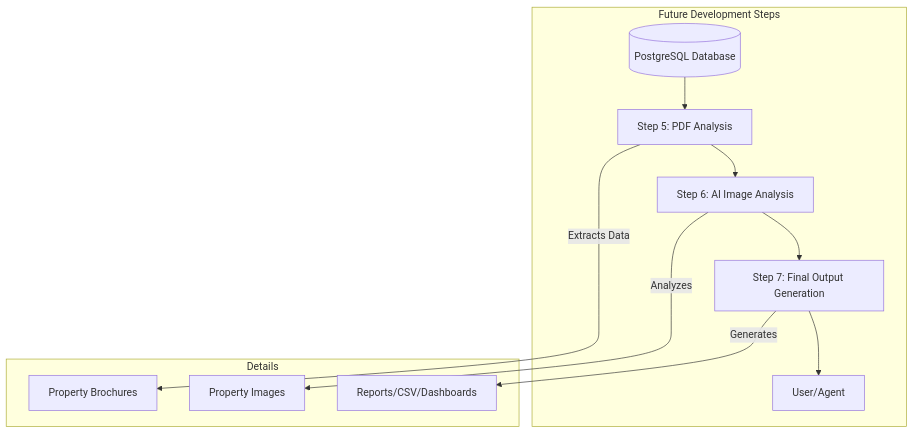
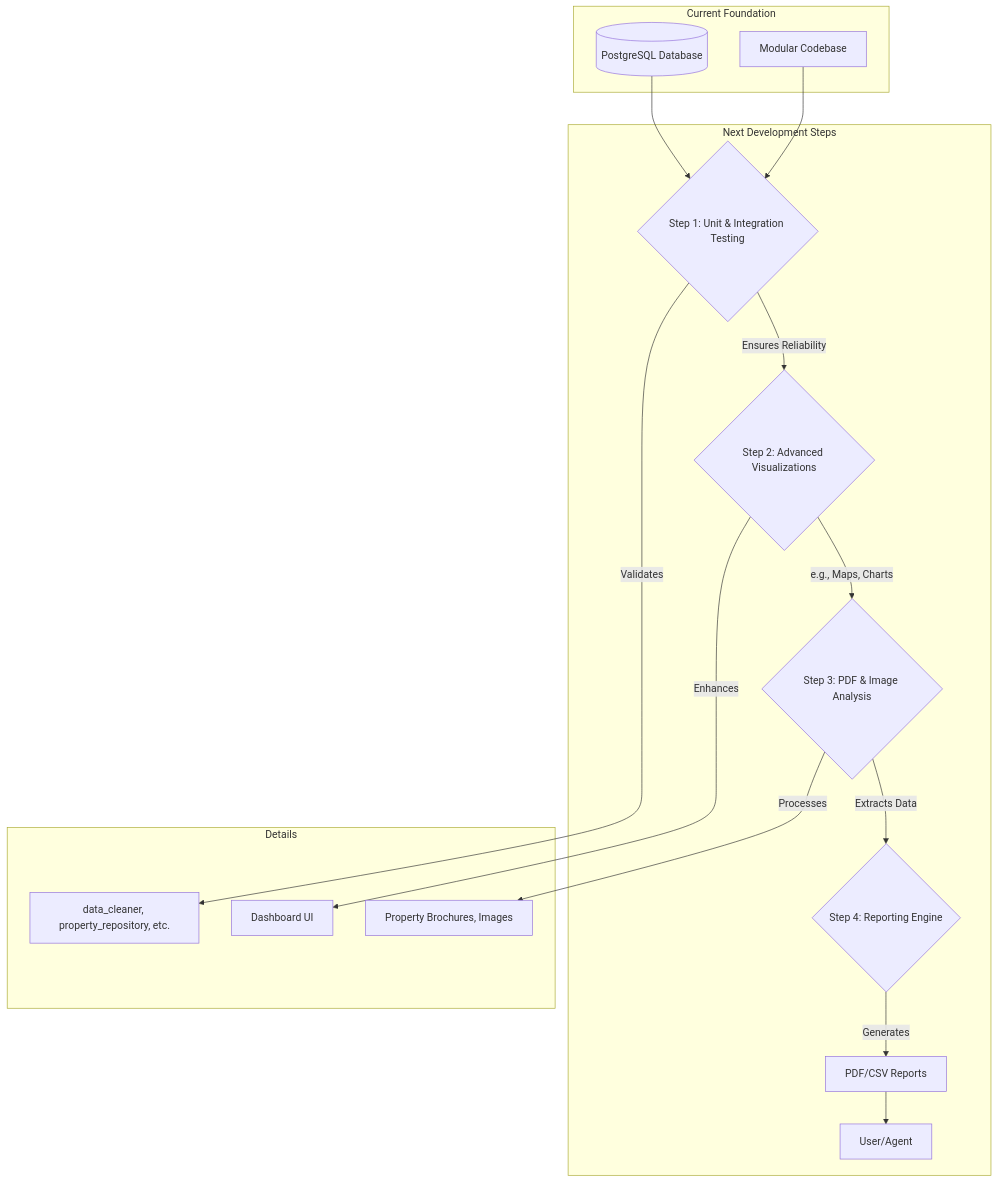
The third of 3 diagrams in README.md (fm-dev-mx/real_estate_insights), drawn with Mermaid before and after one commit. The commit also changed other lines of this file and 3 other files, not shown here.

First line of the commit message:
docs: Update architecture diagrams and README

````diff
--- a/README.md
+++ b/README.md
@@ -124,15 +107,23 @@
 ```mermaid
 graph TD
-    subgraph Future Development Steps
-        DB[(PostgreSQL Database)] --> PA[Step 5: PDF Analysis]
-        PA --> AI[Step 6: AI Image Analysis]
-        AI --> FO[Step 7: Final Output Generation]
-        FO --> User[User/Agent]
+    subgraph Current Foundation
+        A[(PostgreSQL Database)]
+        B[Modular Codebase]
+    end
+
+    subgraph Next Development Steps
+        A --> C{Step 1: Unit & Integration Testing}
+        B --> C
+        C -- Ensures Reliability --> D{Step 2: Advanced Visualizations}
+        D -- e.g., Maps, Charts --> E{Step 3: PDF & Image Analysis}
+        E -- Extracts Data --> F{Step 4: Reporting Engine}
+        F -- Generates --> G[PDF/CSV Reports]
+        G --> H[User/Agent]
     end
 
     subgraph Details
-        PA -- Extracts Data --> PDF[Property Brochures]
-        AI -- Analyzes --> Images[Property Images]
-        FO -- Generates --> Reports[Reports/CSV/Dashboards]
+        C -- Validates --> Modules[data_cleaner, property_repository, etc.]
+        D -- Enhances --> Dashboard[Dashboard UI]
+        E -- Processes --> Files[Property Brochures, Images]
     end
 ```
````
